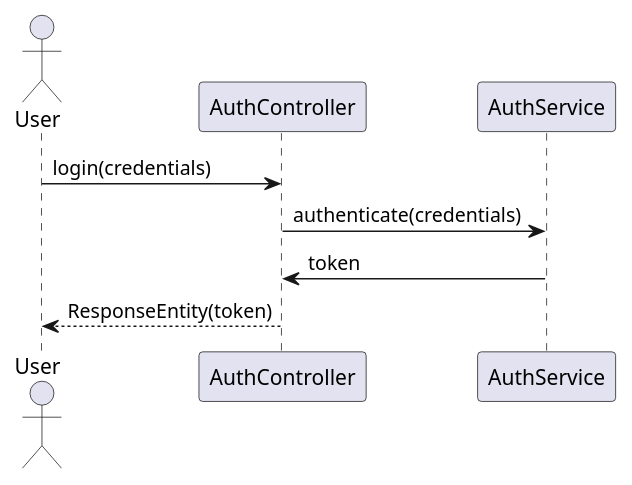
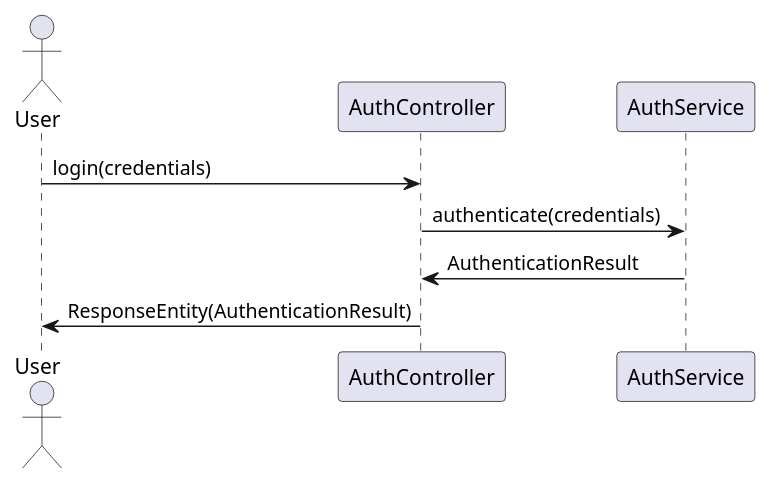
One commit to Dinesh-s95/AutoDoc.ai changed the second of 4 diagrams in vehiclemanagement/documentation/detaileddesign.adoc. Above: the diagram before and after it, drawn with PlantUML. The commit also changed other lines of this file and 11 other files, not shown here.

```diff
--- a/vehiclemanagement/documentation/detaileddesign.adoc
+++ b/vehiclemanagement/documentation/detaileddesign.adoc
@@ -84,13 +78,13 @@
 [plantuml, authentication-sequence, png]
 ----
 @startuml
 actor User
-participant "AuthController" as Controller
-participant "AuthService" as Service
+participant "AuthController" as AC
+participant "AuthService" as AS
 
-User -> Controller : login(credentials)
-Controller -> Service : authenticate(credentials)
-Service -> Controller : token
-Controller --> User : ResponseEntity(token)
+User -> AC : login(credentials)
+AC -> AS : authenticate(credentials)
+AS -> AC : AuthenticationResult
+AC -> User : ResponseEntity(AuthenticationResult)
 @enduml
 ----
```
